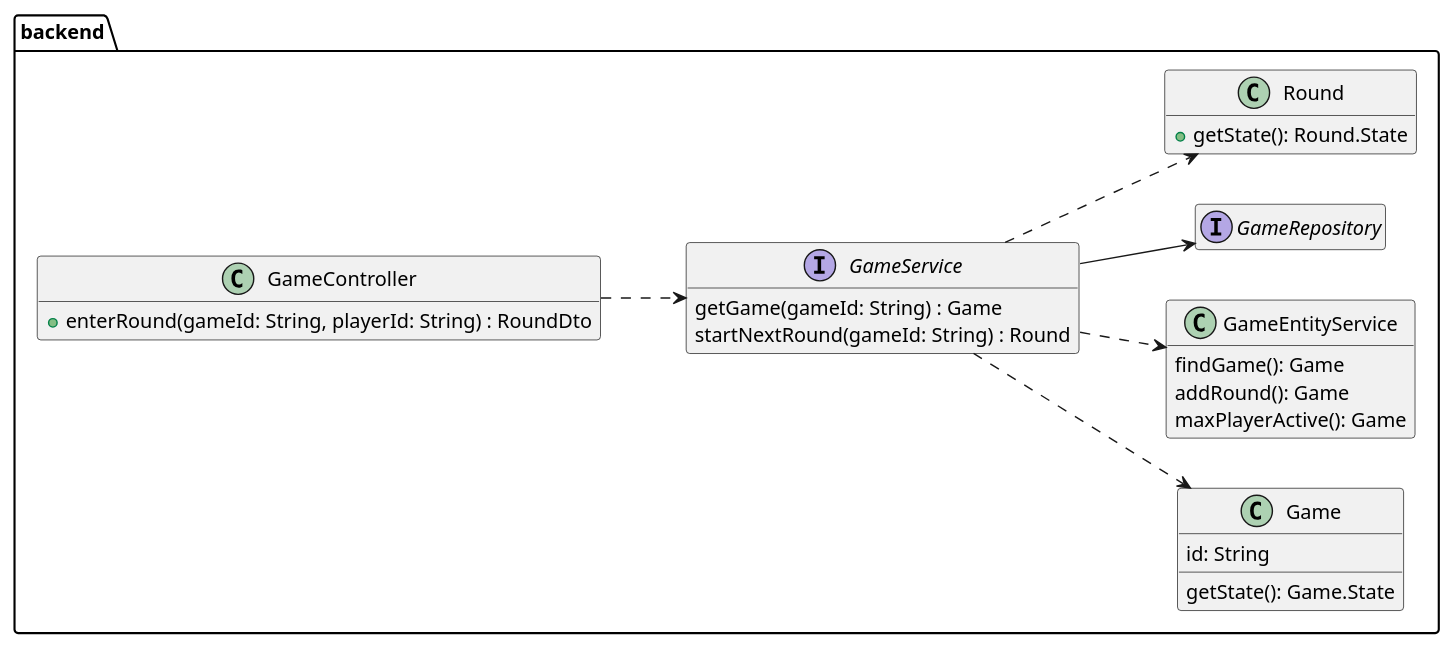
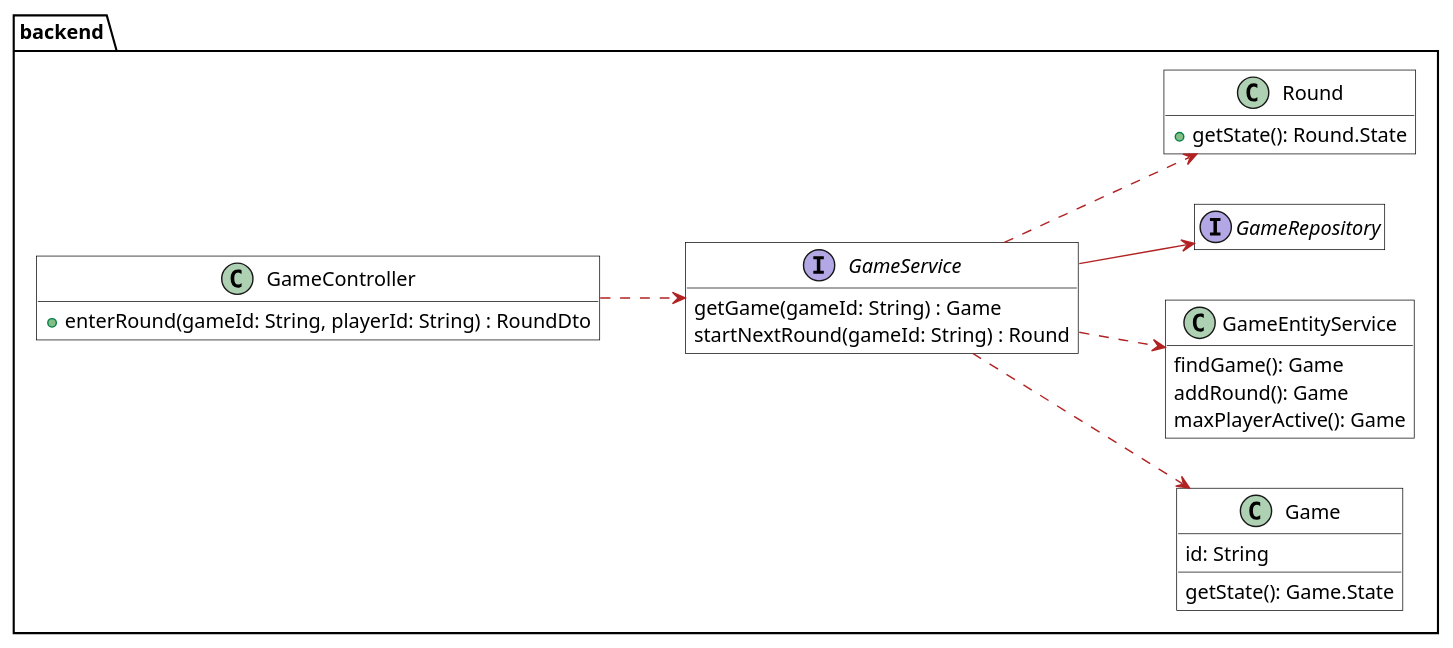
One commit to patrickwinti/worldwidewalter changed the diagram in docs/diagrams/smol/DCD_start_new_round.plantuml. Above: the diagram before and after it, drawn with PlantUML. The commit also changed 1 other file, not shown here.

```diff
--- a/docs/diagrams/smol/DCD_start_new_round.plantuml
+++ b/docs/diagrams/smol/DCD_start_new_round.plantuml
@@ -1,47 +1,56 @@
 @startuml
+skinparam class {
+    BackgroundColor white
+    BorderColor Black
+    FontColor Black
+    ArrowColor Firebrick
+}
+skinparam roundcorner 0
+hide empty members
+
 package backend{
     left to right direction
 
     hide empty members
    class GameController {
         +enterRound(gameId: String, playerId: String) : RoundDto
     }
 
     class Game {
         id: String
         getState(): Game.State
     }
 
     class GameEntityService {
         findGame(): Game
         addRound(): Game
         maxPlayerActive(): Game
 
 
     }
 
 
     interface GameRepository
 
    interface GameService{
        getGame(gameId: String) : Game
        startNextRound(gameId: String) : Round
     }
 
     interface GameRepository
 
     class Round {
         +getState(): Round.State
     }
 
     GameController..>GameService
 
 
     GameService ..> Game
     GameService ..> Round
     GameService --> GameRepository
     GameService ..> GameEntityService
 
 
 }
 @enduml
```
